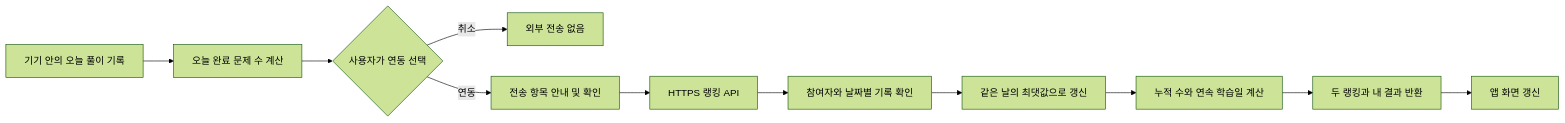
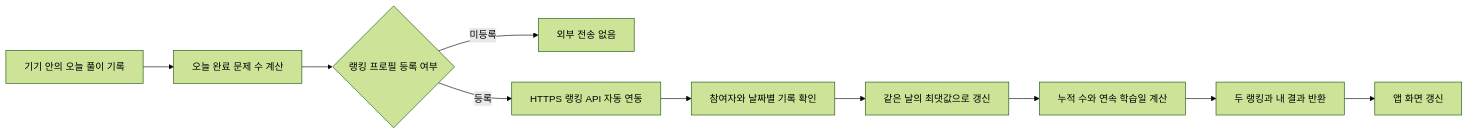
Before and after one commit to aiopenjh/Aiopen-question-bank: the diagram in docs/ranking/RANKING_FEATURE_PLAN.md, drawn with Mermaid (forest theme). The commit also changed other lines of this file and 17 other files, not shown here.

````diff
--- a/docs/ranking/RANKING_FEATURE_PLAN.md
+++ b/docs/ranking/RANKING_FEATURE_PLAN.md
@@ -88,13 +83,12 @@
 ```mermaid
 flowchart LR
     A[기기 안의 오늘 풀이 기록] --> B[오늘 완료 문제 수 계산]
-    B --> C{사용자가 연동 선택}
-    C -->|취소| D[외부 전송 없음]
-    C -->|연동| E[전송 항목 안내 및 확인]
-    E --> F[HTTPS 랭킹 API]
+    B --> C{랭킹 프로필 등록 여부}
+    C -->|미등록| D[외부 전송 없음]
+    C -->|등록| F[HTTPS 랭킹 API 자동 연동]
     F --> G[참여자와 날짜별 기록 확인]
     G --> H[같은 날의 최댓값으로 갱신]
     H --> I[누적 수와 연속 학습일 계산]
     I --> J[두 랭킹과 내 결과 반환]
     J --> K[앱 화면 갱신]
 ```
````
